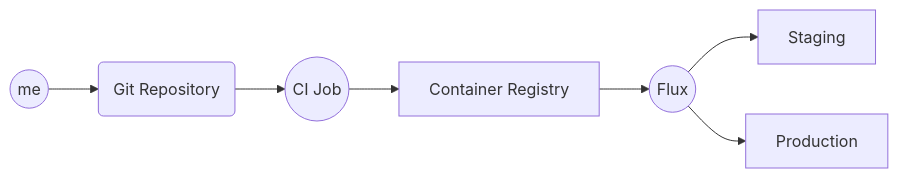
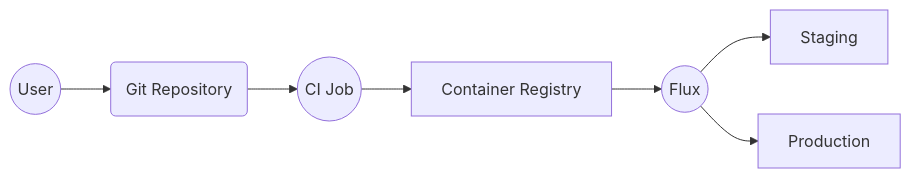
Before and after one commit to fluxcd/website: the diagram in content/en/docs/cheatsheets/oci-artifacts.md, drawn with Mermaid. The commit also changed other lines of this file, not shown here.

````diff
--- a/content/en/docs/cheatsheets/oci-artifacts.md
+++ b/content/en/docs/cheatsheets/oci-artifacts.md
@@ -70,10 +70,10 @@
 ```mermaid
 flowchart LR
 
-A((me)) --> B(Git Repository)
+A((User)) --> B(Git Repository)
 B --> C((CI Job))
 C --> D[Container Registry]
 D --> E((Flux))
 E --> F[Staging]
 E --> G[Production]
 ```
````
